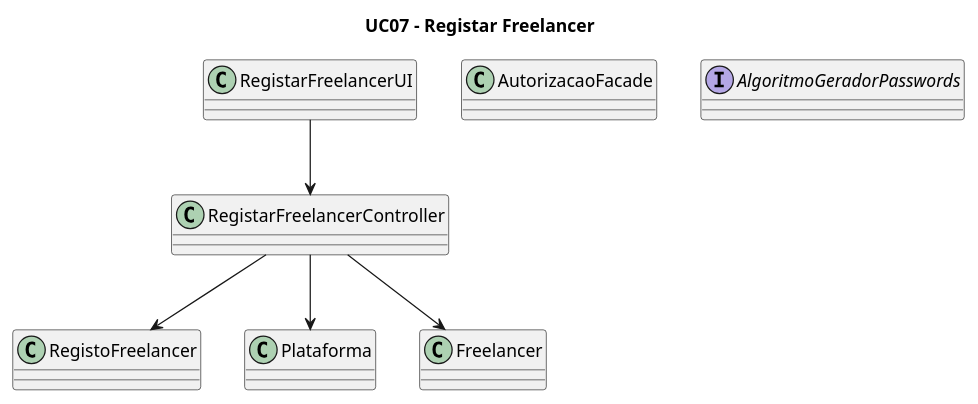
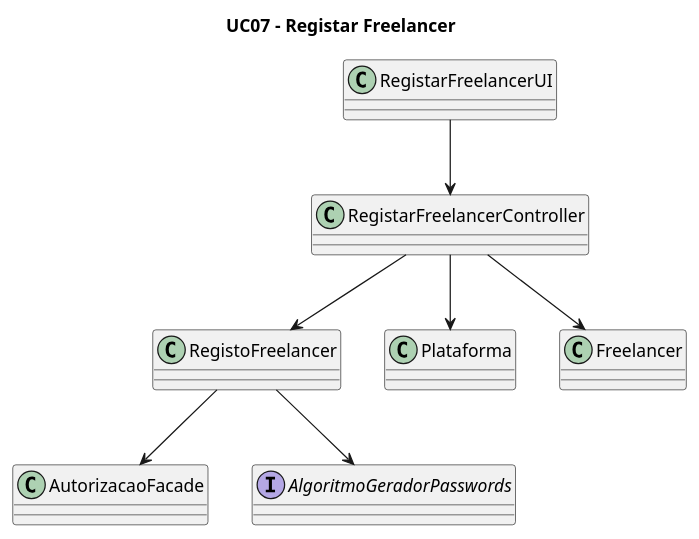
Before and after one commit to blestonbandeiraUPSKILL/upskill_java1_labprg_grupo2: the diagram in Documentação/Sprint 3/UC07_Registar_Freelancer/UC07_Registar_Freelancer_Diagrama_Classes.puml, drawn with PlantUML.

```diff
--- a/Documentação/Sprint 3/UC07_Registar_Freelancer/UC07_Registar_Freelancer_Diagrama_Classes.puml
+++ b/Documentação/Sprint 3/UC07_Registar_Freelancer/UC07_Registar_Freelancer_Diagrama_Classes.puml
@@ -1,32 +1,34 @@
 @startuml
 
 title UC07 - Registar Freelancer
 
 class RegistarFreelancerUI {
 }
 
 class RegistarFreelancerController {
 }
 
 class RegistoFreelancer {
 }
 
 class Plataforma {
 }
 
 class Freelancer {
 }
 
 class AutorizacaoFacade {
 }
 
 interface AlgoritmoGeradorPasswords {
 }
 
 RegistarFreelancerUI --> RegistarFreelancerController
 RegistarFreelancerController --> Freelancer
 RegistarFreelancerController --> RegistoFreelancer
 RegistarFreelancerController --> Plataforma
+RegistoFreelancer --> AutorizacaoFacade
+RegistoFreelancer --> AlgoritmoGeradorPasswords
 
 
 @enduml
```
